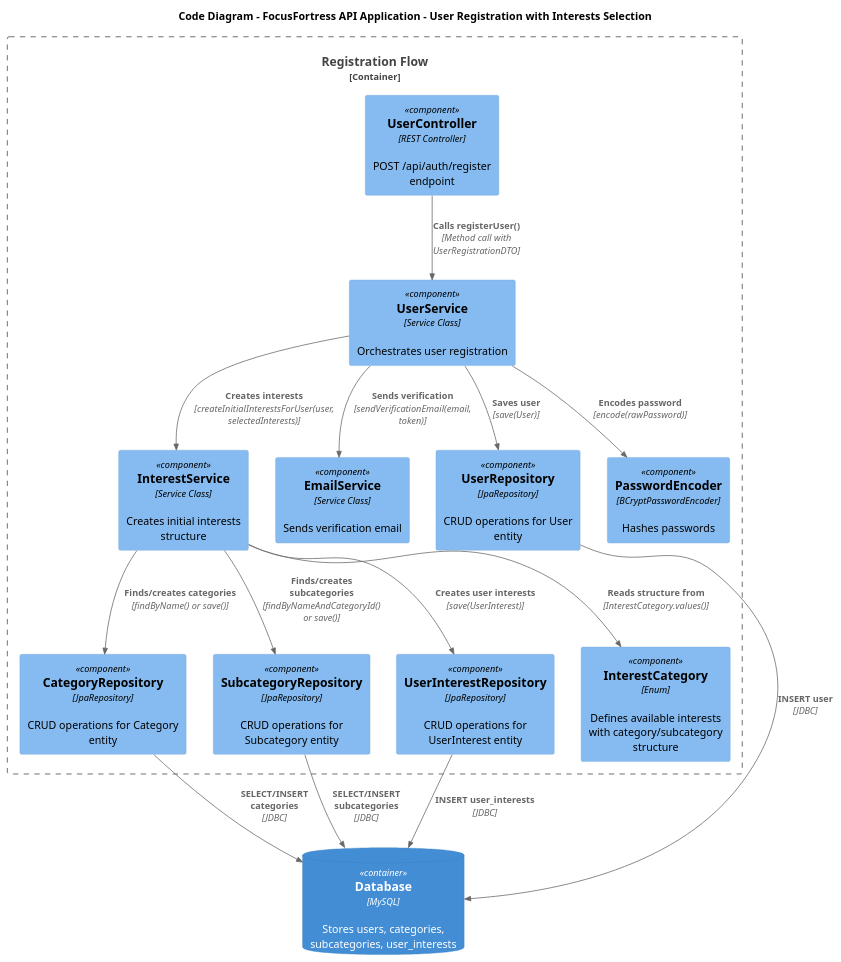
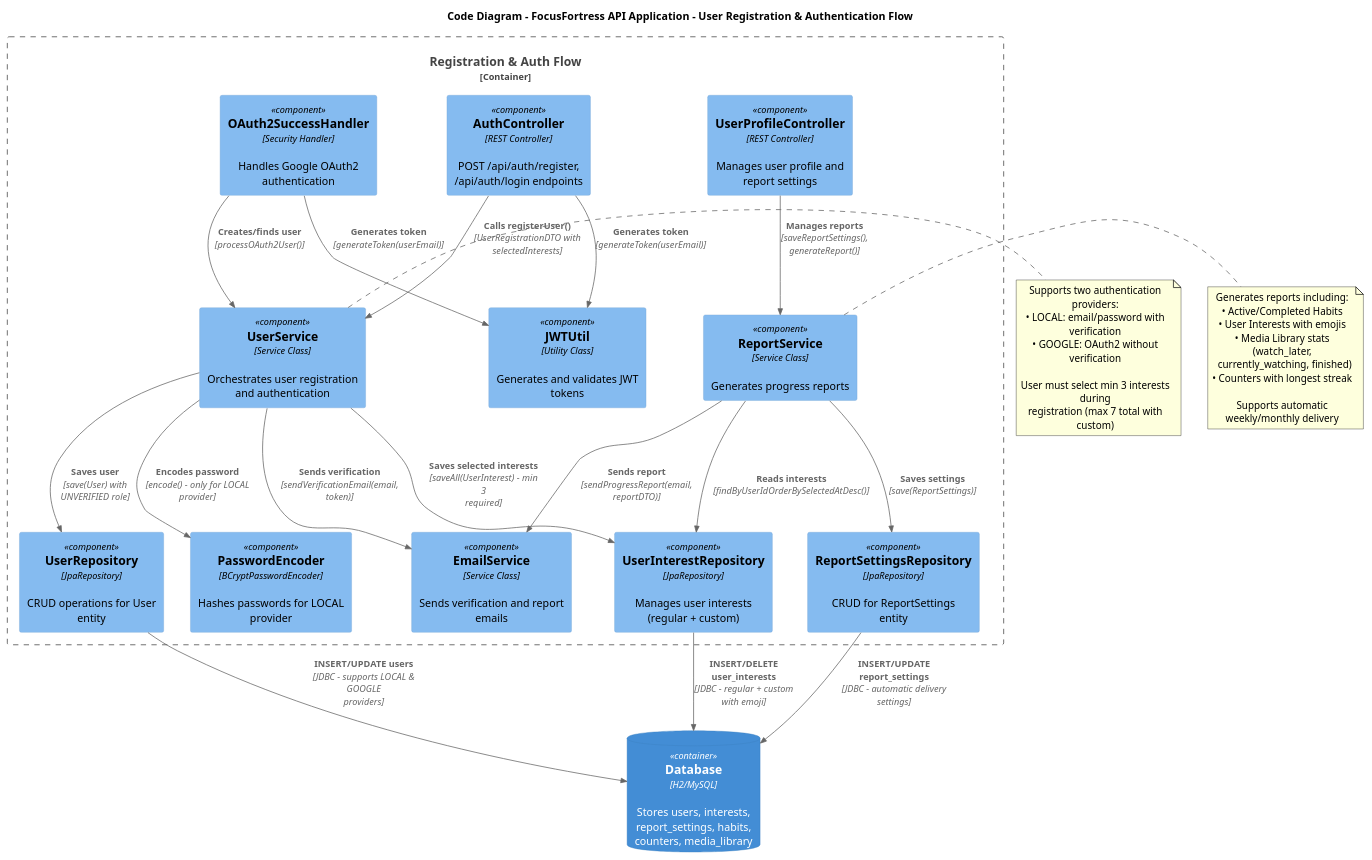
One commit to HorydJakub/FocusFortress changed the diagram in architecture_diagrams/code-registration-flow.puml. Above: the diagram before and after it, drawn with PlantUML. The commit also changed 2 other files, not shown here.

Commit message:
feat: update architecture diagrams for user registration and authentication flow

```diff
--- a/architecture_diagrams/code-registration-flow.puml
+++ b/architecture_diagrams/code-registration-flow.puml
@@ -1,41 +1,70 @@
 @startuml FocusFortress-Registration-Code
 !include https://raw.githubusercontent.com/plantuml-stdlib/C4-PlantUML/master/C4_Component.puml
 
 LAYOUT_TOP_DOWN()
 
-title Code Diagram - FocusFortress API Application - User Registration with Interests Selection
+title Code Diagram - FocusFortress API Application - User Registration & Authentication Flow
 
-Container_Boundary(registration, "Registration Flow") {
-    Component(user_controller, "UserController", "REST Controller", "POST /api/auth/register endpoint")
-    Component(user_service, "UserService", "Service Class", "Orchestrates user registration")
-    Component(interest_service, "InterestService", "Service Class", "Creates initial interests structure")
-    Component(email_service, "EmailService", "Service Class", "Sends verification email")
+Container_Boundary(registration, "Registration & Auth Flow") {
+    Component(auth_controller, "AuthController", "REST Controller", "POST /api/auth/register, /api/auth/login endpoints")
+    Component(oauth2_handler, "OAuth2SuccessHandler", "Security Handler", "Handles Google OAuth2 authentication")
+    Component(user_service, "UserService", "Service Class", "Orchestrates user registration and authentication")
+    Component(jwt_util, "JWTUtil", "Utility Class", "Generates and validates JWT tokens")
+    Component(email_service, "EmailService", "Service Class", "Sends verification and report emails")
+
+    Component(user_profile_ctrl, "UserProfileController", "REST Controller", "Manages user profile and report settings")
+    Component(report_service, "ReportService", "Service Class", "Generates progress reports")
 
     Component(user_repo, "UserRepository", "JpaRepository", "CRUD operations for User entity")
-    Component(category_repo, "CategoryRepository", "JpaRepository", "CRUD operations for Category entity")
-    Component(subcategory_repo, "SubcategoryRepository", "JpaRepository", "CRUD operations for Subcategory entity")
-    Component(user_interest_repo, "UserInterestRepository", "JpaRepository", "CRUD operations for UserInterest entity")
+    Component(user_interest_repo, "UserInterestRepository", "JpaRepository", "Manages user interests (regular + custom)")
+    Component(report_settings_repo, "ReportSettingsRepository", "JpaRepository", "CRUD for ReportSettings entity")
 
-    Component(interest_enum, "InterestCategory", "Enum", "Defines available interests with category/subcategory structure")
-    Component(password_encoder, "PasswordEncoder", "BCryptPasswordEncoder", "Hashes passwords")
+    Component(password_encoder, "PasswordEncoder", "BCryptPasswordEncoder", "Hashes passwords for LOCAL provider")
 }
 
-ContainerDb(db, "Database", "MySQL", "Stores users, categories, subcategories, user_interests")
+ContainerDb(db, "Database", "H2/MySQL", "Stores users, interests, report_settings, habits, counters, media_library")
 
-Rel(user_controller, user_service, "Calls registerUser()", "Method call with UserRegistrationDTO")
-Rel(user_service, password_encoder, "Encodes password", "encode(rawPassword)")
-Rel(user_service, user_repo, "Saves user", "save(User)")
-Rel(user_service, interest_service, "Creates interests", "createInitialInterestsForUser(user, selectedInterests)")
+' Authentication Flow
+Rel(auth_controller, user_service, "Calls registerUser()", "UserRegistrationDTO with selectedInterests")
+Rel(auth_controller, jwt_util, "Generates token", "generateToken(userEmail)")
+Rel(oauth2_handler, user_service, "Creates/finds user", "processOAuth2User()")
+Rel(oauth2_handler, jwt_util, "Generates token", "generateToken(userEmail)")
+
+' User Registration
+Rel(user_service, password_encoder, "Encodes password", "encode() - only for LOCAL provider")
+Rel(user_service, user_repo, "Saves user", "save(User) with UNVERIFIED role")
+Rel(user_service, user_interest_repo, "Saves selected interests", "saveAll(UserInterest) - min 3 required")
 Rel(user_service, email_service, "Sends verification", "sendVerificationEmail(email, token)")
 
-Rel(interest_service, interest_enum, "Reads structure from", "InterestCategory.values()")
-Rel(interest_service, category_repo, "Finds/creates categories", "findByName() or save()")
-Rel(interest_service, subcategory_repo, "Finds/creates subcategories", "findByNameAndCategoryId() or save()")
-Rel(interest_service, user_interest_repo, "Creates user interests", "save(UserInterest)")
+' Report Settings Management
+Rel(user_profile_ctrl, report_service, "Manages reports", "saveReportSettings(), generateReport()")
+Rel(report_service, report_settings_repo, "Saves settings", "save(ReportSettings)")
+Rel(report_service, user_interest_repo, "Reads interests", "findByUserIdOrderBySelectedAtDesc()")
+Rel(report_service, email_service, "Sends report", "sendProgressReport(email, reportDTO)")
 
-Rel(user_repo, db, "INSERT user", "JDBC")
-Rel(category_repo, db, "SELECT/INSERT categories", "JDBC")
-Rel(subcategory_repo, db, "SELECT/INSERT subcategories", "JDBC")
-Rel(user_interest_repo, db, "INSERT user_interests", "JDBC")
+' Database Relations
+Rel(user_repo, db, "INSERT/UPDATE users", "JDBC - supports LOCAL & GOOGLE providers")
+Rel(user_interest_repo, db, "INSERT/DELETE user_interests", "JDBC - regular + custom with emoji")
+Rel(report_settings_repo, db, "INSERT/UPDATE report_settings", "JDBC - automatic delivery settings")
+
+note right of user_service
+  Supports two authentication providers:
+  • LOCAL: email/password with verification
+  • GOOGLE: OAuth2 without verification
+
+  User must select min 3 interests during
+  registration (max 7 total with custom)
+end note
+
+note right of report_service
+  Generates reports including:
+  • Active/Completed Habits
+  • User Interests with emojis
+  • Media Library stats (watch_later,
+    currently_watching, finished)
+  • Counters with longest streak
+
+  Supports automatic weekly/monthly delivery
+end note
 
 @enduml
```
